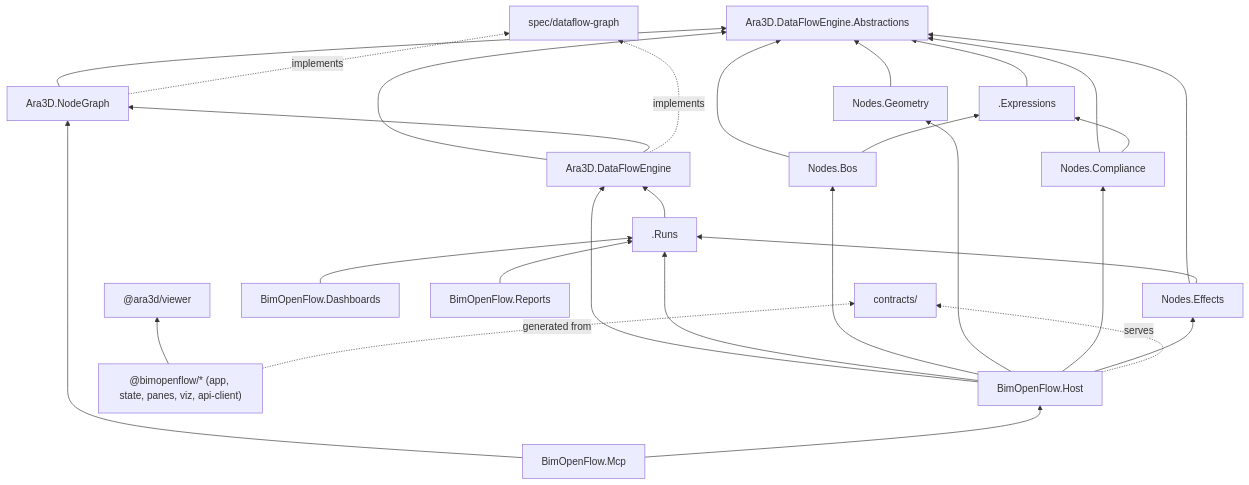
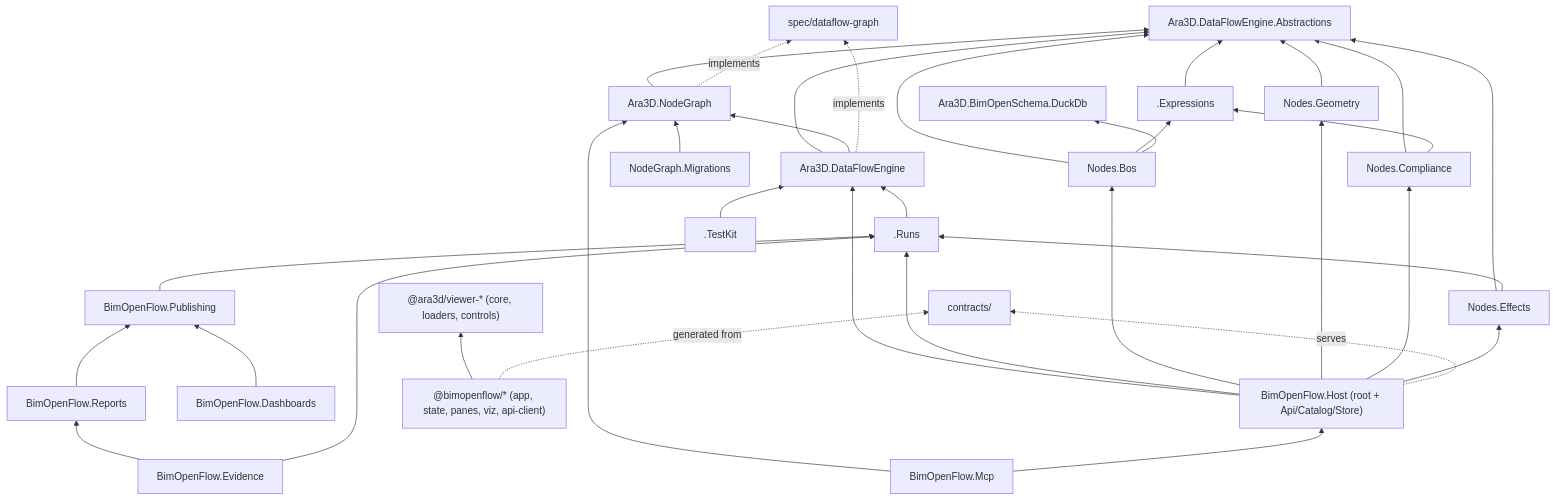
The diagram in docs/bimopenflow-structure.md (ara3d/bim-open-toolkit), drawn with Mermaid before and after one commit. The commit also changed other lines of this file, not shown here.

Commit message:
docs: finer module breakdown — host split, publishing/evidence, viewer packages, deferred list

````diff
--- a/docs/bimopenflow-structure.md
+++ b/docs/bimopenflow-structure.md
@@ -258,48 +349,59 @@
 ```mermaid
 graph BT
   spec[spec/dataflow-graph]
   contracts[contracts/]
   ABS[Ara3D.DataFlowEngine.Abstractions]
   NG[Ara3D.NodeGraph]
   ENG[Ara3D.DataFlowEngine]
   EXP[.Expressions]
   RUNS[.Runs]
+  TK[.TestKit]
+  MIG[NodeGraph.Migrations]
+  DUCK[Ara3D.BimOpenSchema.DuckDb]
   BOS[Nodes.Bos]
   GEO[Nodes.Geometry]
   CMP[Nodes.Compliance]
   EFF[Nodes.Effects]
-  HOST[BimOpenFlow.Host]
+  HOST["BimOpenFlow.Host (root + Api/Catalog/Store)"]
   MCP[BimOpenFlow.Mcp]
+  PUB[BimOpenFlow.Publishing]
   DASH[BimOpenFlow.Dashboards]
   REP[BimOpenFlow.Reports]
-  VIEW["@ara3d/viewer"]
+  EVID[BimOpenFlow.Evidence]
+  VIEW["@ara3d/viewer-* (core, loaders, controls)"]
   WEB["@bimopenflow/* (app, state, panes, viz, api-client)"]
 
   NG --> ABS
   ENG --> ABS
   ENG --> NG
   EXP --> ABS
   RUNS --> ENG
+  TK --> ENG
+  MIG --> NG
   BOS --> ABS
   BOS --> EXP
+  BOS --> DUCK
   GEO --> ABS
   CMP --> ABS
   CMP --> EXP
   EFF --> ABS
   EFF --> RUNS
   HOST --> ENG
   HOST --> RUNS
   HOST --> BOS
   HOST --> GEO
   HOST --> CMP
   HOST --> EFF
   MCP --> NG
   MCP --> HOST
-  DASH --> RUNS
-  REP --> RUNS
+  PUB --> RUNS
+  DASH --> PUB
+  REP --> PUB
+  EVID --> REP
+  EVID --> RUNS
   WEB --> VIEW
   NG -. implements .-> spec
   ENG -. implements .-> spec
   HOST -. serves .-> contracts
   WEB -. generated from .-> contracts
 ```
````
